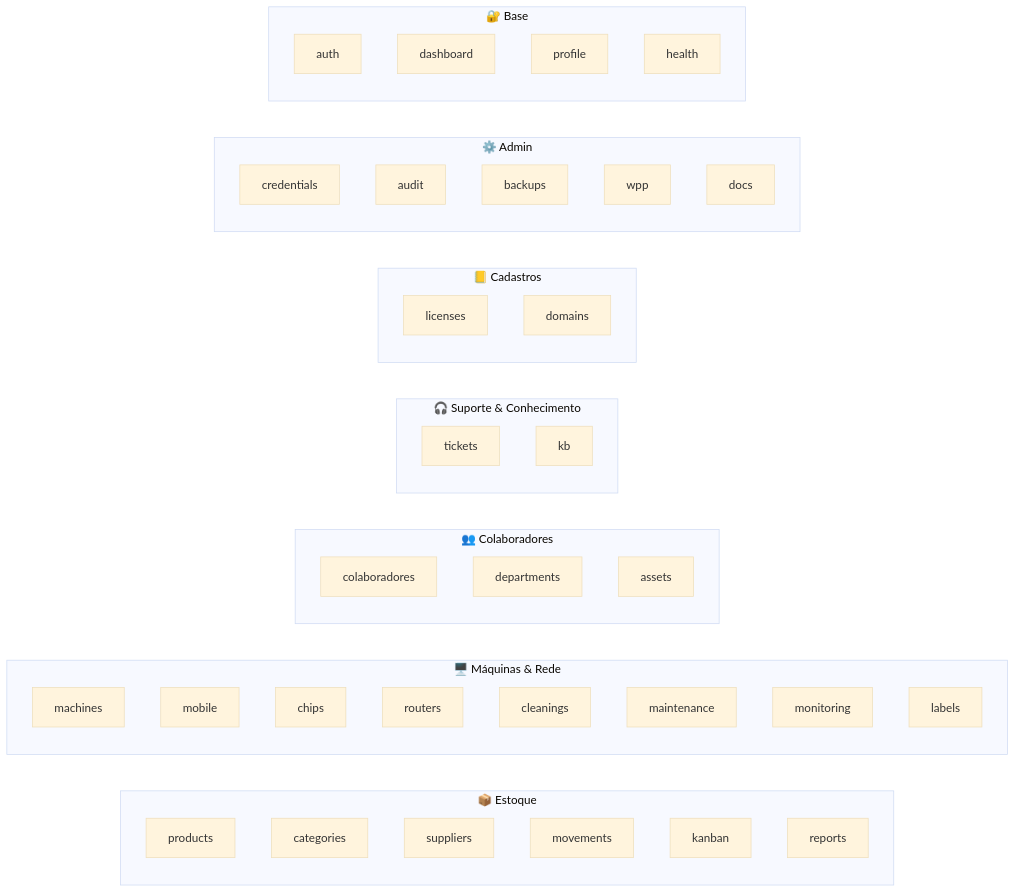
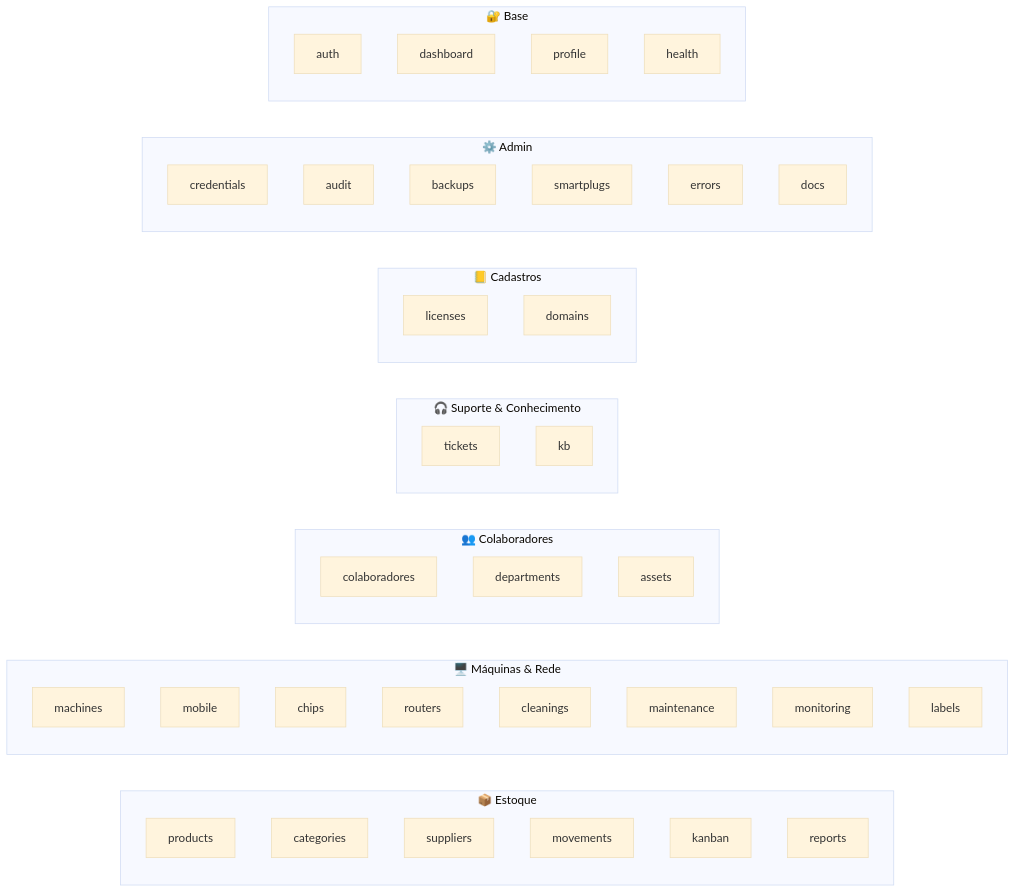
The third of 23 diagrams in docs/DOCUMENTACAO.md (nerdGG094/InvenSync), drawn with Mermaid (base theme) before and after one commit. The commit also changed other lines of this file and 1 other file, not shown here.

````diff
--- a/docs/DOCUMENTACAO.md
+++ b/docs/DOCUMENTACAO.md
@@ -144,24 +148,24 @@
 ```mermaid
 flowchart LR
     subgraph ESTOQUE["📦 Estoque"]
         products & categories & suppliers & movements & kanban & reports
     end
     subgraph MAQUINAS["🖥️ Máquinas & Rede"]
         machines & mobile & chips & routers & cleanings & maintenance & monitoring & labels
     end
     subgraph PESSOAS["👥 Colaboradores"]
         colaboradores & departments & assets
     end
     subgraph SUPORTE["🎧 Suporte & Conhecimento"]
         tickets & kb
     end
     subgraph CADASTROS["📒 Cadastros"]
         licenses & domains
     end
     subgraph ADMIN["⚙️ Admin"]
-        credentials & audit & backups & wpp & docs
+        credentials & audit & backups & smartplugs & errors & docs
     end
     subgraph BASE["🔐 Base"]
         auth & dashboard & profile & health
     end
 ```
````
